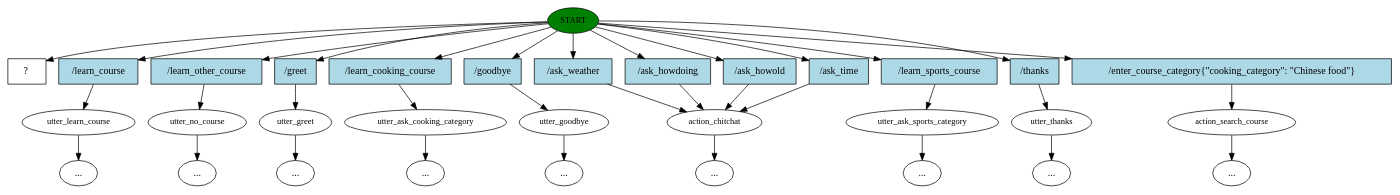
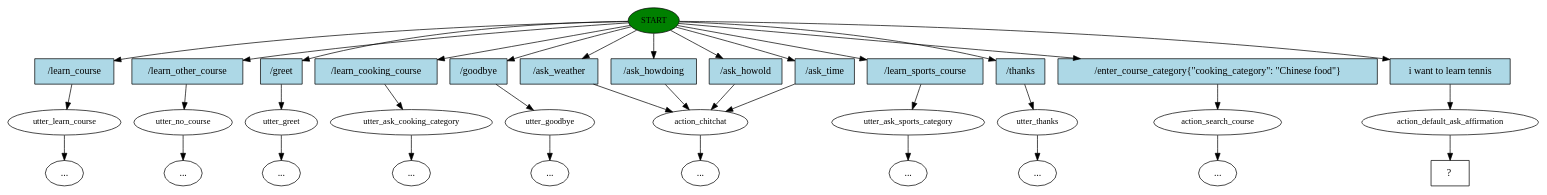
One commit to vivihuang/aj-rasa changed the diagram in story_graph.dot. Above: the diagram before and after it, drawn with Graphviz. The commit also changed 1 other file, not shown here.

```diff
--- a/story_graph.dot
+++ b/story_graph.dot
@@ -1,68 +1,72 @@
 digraph  {
 0 [class="start active", fillcolor=green, fontsize=12, label=START, style=filled];
 1 [class="", fontsize=12, label=utter_learn_course];
 2 [class="", fontsize=12, label=utter_no_course];
 "-7" [class=ellipsis, label="..."];
 7 [class="", fontsize=12, label=utter_greet];
 9 [class="", fontsize=12, label=utter_ask_cooking_category];
 "-11" [class=ellipsis, label="..."];
 12 [class="", fontsize=12, label=utter_goodbye];
 "-14" [class=ellipsis, label="..."];
 13 [class="", fontsize=12, label=action_chitchat];
 "-18" [class=ellipsis, label="..."];
 "-35" [class=ellipsis, label="..."];
 34 [class="", fontsize=12, label=utter_ask_sports_category];
 "-36" [class=ellipsis, label="..."];
 35 [class="", fontsize=12, label=utter_thanks];
 "-37" [class=ellipsis, label="..."];
 "-38" [class=ellipsis, label="..."];
 37 [class="", fontsize=12, label=action_search_course];
 "-39" [class=ellipsis, label="..."];
-38 [class="intent dashed active", label="  ?  ", shape=rect];
-39 [class=intent, fillcolor=lightblue, label="/learn_course", shape=rect, style=filled];
-40 [class=intent, fillcolor=lightblue, label="/learn_other_course", shape=rect, style=filled];
-41 [class=intent, fillcolor=lightblue, label="/greet", shape=rect, style=filled];
-42 [class=intent, fillcolor=lightblue, label="/learn_cooking_course", shape=rect, style=filled];
-43 [class=intent, fillcolor=lightblue, label="/goodbye", shape=rect, style=filled];
-44 [class=intent, fillcolor=lightblue, label="/ask_weather", shape=rect, style=filled];
-45 [class=intent, fillcolor=lightblue, label="/ask_howdoing", shape=rect, style=filled];
-46 [class=intent, fillcolor=lightblue, label="/ask_howold", shape=rect, style=filled];
-47 [class=intent, fillcolor=lightblue, label="/ask_time", shape=rect, style=filled];
-48 [class=intent, fillcolor=lightblue, label="/learn_sports_course", shape=rect, style=filled];
-49 [class=intent, fillcolor=lightblue, label="/thanks", shape=rect, style=filled];
-50 [class=intent, fillcolor=lightblue, label="/enter_course_category{\"cooking_category\": \"Chinese food\"}", shape=rect, style=filled];
-0 -> 38  [class=active, key=NONE, label=""];
-0 -> 39  [class="", key=0];
+38 [class=active, fontsize=12, label=action_default_ask_affirmation];
+39 [class="intent dashed active", label="  ?  ", shape=rect];
+40 [class=intent, fillcolor=lightblue, label="/learn_course", shape=rect, style=filled];
+41 [class=intent, fillcolor=lightblue, label="/learn_other_course", shape=rect, style=filled];
+42 [class=intent, fillcolor=lightblue, label="/greet", shape=rect, style=filled];
+43 [class=intent, fillcolor=lightblue, label="/learn_cooking_course", shape=rect, style=filled];
+44 [class=intent, fillcolor=lightblue, label="/goodbye", shape=rect, style=filled];
+45 [class=intent, fillcolor=lightblue, label="/ask_weather", shape=rect, style=filled];
+46 [class=intent, fillcolor=lightblue, label="/ask_howdoing", shape=rect, style=filled];
+47 [class=intent, fillcolor=lightblue, label="/ask_howold", shape=rect, style=filled];
+48 [class=intent, fillcolor=lightblue, label="/ask_time", shape=rect, style=filled];
+49 [class=intent, fillcolor=lightblue, label="/learn_sports_course", shape=rect, style=filled];
+50 [class=intent, fillcolor=lightblue, label="/thanks", shape=rect, style=filled];
+51 [class=intent, fillcolor=lightblue, label="/enter_course_category{\"cooking_category\": \"Chinese food\"}", shape=rect, style=filled];
+52 [class="intent active", fillcolor=lightblue, label="i want to learn tennis", shape=rect, style=filled];
 0 -> 40  [class="", key=0];
 0 -> 41  [class="", key=0];
 0 -> 42  [class="", key=0];
 0 -> 43  [class="", key=0];
 0 -> 44  [class="", key=0];
 0 -> 45  [class="", key=0];
 0 -> 46  [class="", key=0];
 0 -> 47  [class="", key=0];
 0 -> 48  [class="", key=0];
 0 -> 49  [class="", key=0];
 0 -> 50  [class="", key=0];
+0 -> 51  [class="", key=0];
+0 -> 52  [class=active, key=0];
 1 -> "-38"  [class="", key=NONE, label=""];
 2 -> "-7"  [class="", key=NONE, label=""];
 7 -> "-35"  [class="", key=NONE, label=""];
 9 -> "-11"  [class="", key=NONE, label=""];
 12 -> "-14"  [class="", key=NONE, label=""];
 13 -> "-18"  [class="", key=NONE, label=""];
 34 -> "-36"  [class="", key=NONE, label=""];
 35 -> "-37"  [class="", key=NONE, label=""];
 37 -> "-39"  [class="", key=NONE, label=""];
-39 -> 1  [class="", key=0];
-40 -> 2  [class="", key=0];
-41 -> 7  [class="", key=0];
-42 -> 9  [class="", key=0];
-43 -> 12  [class="", key=0];
-44 -> 13  [class="", key=0];
+38 -> 39  [class=active, key=NONE, label=""];
+40 -> 1  [class="", key=0];
+41 -> 2  [class="", key=0];
+42 -> 7  [class="", key=0];
+43 -> 9  [class="", key=0];
+44 -> 12  [class="", key=0];
 45 -> 13  [class="", key=0];
 46 -> 13  [class="", key=0];
 47 -> 13  [class="", key=0];
-48 -> 34  [class="", key=0];
-49 -> 35  [class="", key=0];
-50 -> 37  [class="", key=0];
+48 -> 13  [class="", key=0];
+49 -> 34  [class="", key=0];
+50 -> 35  [class="", key=0];
+51 -> 37  [class="", key=0];
+52 -> 38  [class=active, key=0];
 }
```
